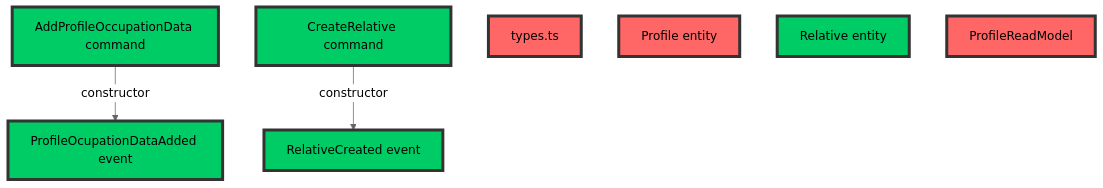
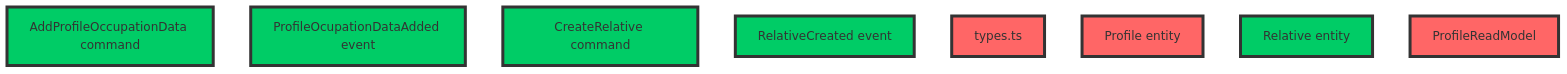
One commit to boostercloud/kyc-example changed the tenth of 10 diagrams in README.md. Above: the diagram before and after it, drawn with Mermaid (neutral theme). The commit also changed other lines of this file and 4 other files, not shown here.

Commit message:
Added graphs, fixed errors and reworked some statistics and metrics

````diff
--- a/README.md
+++ b/README.md
@@ -414,13 +413,15 @@
 ```mermaid
 graph TD;
-    classDef red fill:#ff6666,stroke:#333,stroke-width:4px;
-    classDef green fill:#00cc66,stroke:#333,stroke-width:4px;
-    A["AddProfileOccupationData command"] -->|"constructor"| B["ProfileOcupationDataAdded event"]
-    C["CreateRelative command"] -->|"constructor"| D["RelativeCreated event"]
+    classDef red fill:#ff6666,stroke:#333,stroke-width:4px,color:#333;
+    classDef green fill:#00cc66,stroke:#333,stroke-width:4px,color:#333;
+    A["AddProfileOccupationData command"]
+    B["ProfileOcupationDataAdded event"]
+    C["CreateRelative command"]
+    D["RelativeCreated event"]
     E["types.ts"]
     F["Profile entity"]
     G["Relative entity"]
     H["ProfileReadModel"]
     class E,F,H red;
     class A,B,C,D,G green;
 ```
````
